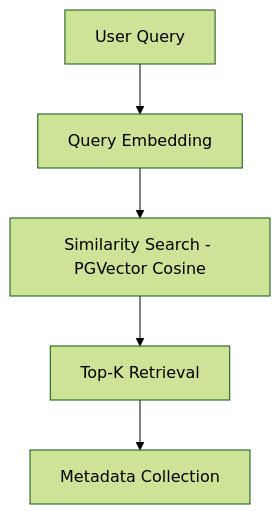
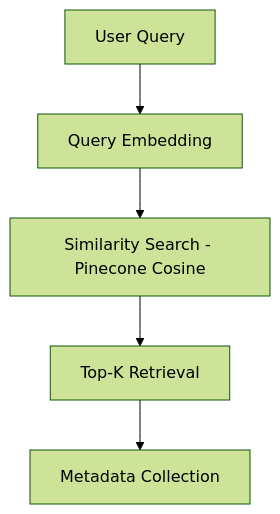
The second of 3 diagrams in RAG_PIPELINE.md (NeetiQ/Samarth_internship_2026_RAG_Chatbot), drawn with Mermaid (forest theme) before and after one commit. The commit also changed other lines of this file and 20 other files, not shown here.

Commit message:
chore: remove PGVector and transition to Pinecone

````diff
--- a/RAG_PIPELINE.md
+++ b/RAG_PIPELINE.md
@@ -34,7 +34,7 @@
 ```mermaid
 graph TD
     Q[User Query] --> QE[Query Embedding]
-    QE --> SS[Similarity Search - PGVector Cosine]
+    QE --> SS[Similarity Search - Pinecone Cosine]
     SS --> TK[Top-K Retrieval]
     TK --> MC[Metadata Collection]
 ```
````
